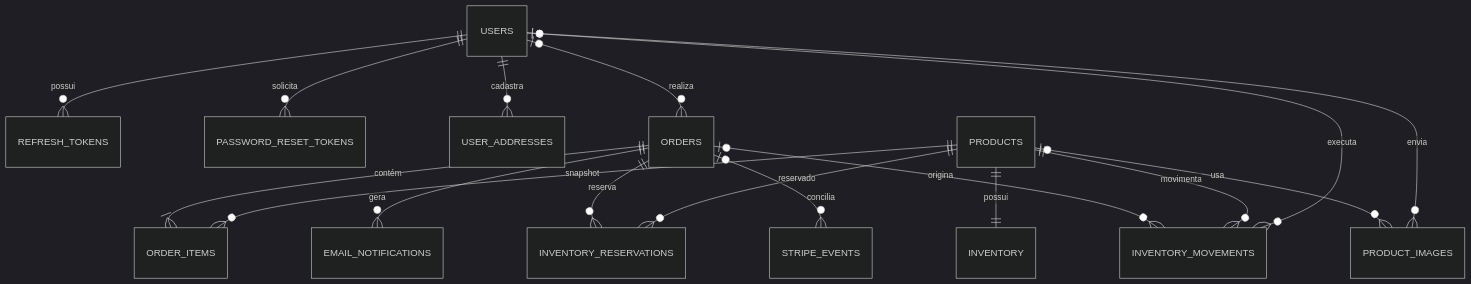
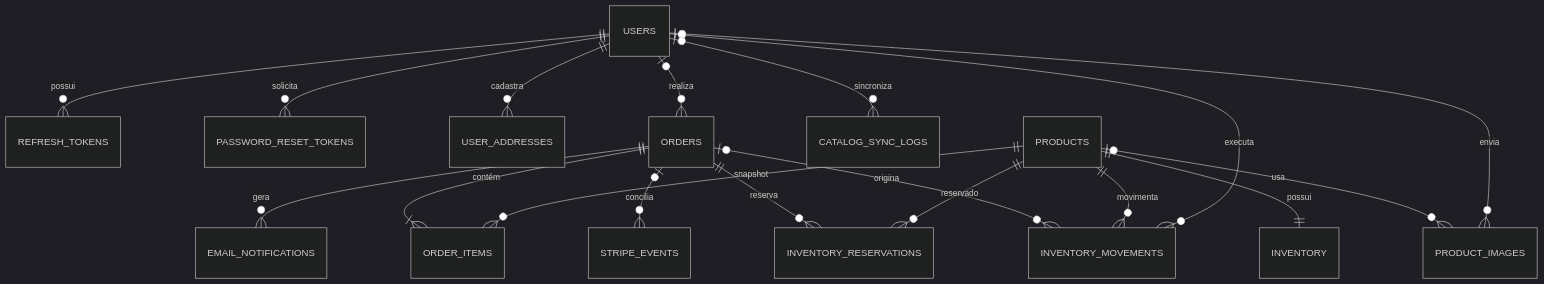
The third of 3 diagrams in ARQUITETURA.md (weltergab/e-comerce), drawn with Mermaid (dark theme) before and after one commit. The commit also changed other lines of this file and 15 other files, not shown here.

````diff
--- a/ARQUITETURA.md
+++ b/ARQUITETURA.md
@@ -230,21 +248,22 @@
 ```mermaid
 erDiagram
     USERS ||--o{ REFRESH_TOKENS : possui
     USERS ||--o{ PASSWORD_RESET_TOKENS : solicita
     USERS ||--o{ USER_ADDRESSES : cadastra
     USERS o|--o{ ORDERS : realiza
     USERS o|--o{ INVENTORY_MOVEMENTS : executa
     USERS o|--o{ PRODUCT_IMAGES : envia
+    USERS o|--o{ CATALOG_SYNC_LOGS : sincroniza
 
     PRODUCTS ||--|| INVENTORY : possui
     PRODUCTS ||--o{ ORDER_ITEMS : snapshot
     PRODUCTS ||--o{ INVENTORY_RESERVATIONS : reservado
     PRODUCTS ||--o{ INVENTORY_MOVEMENTS : movimenta
     PRODUCTS o|--o{ PRODUCT_IMAGES : usa
 
     ORDERS ||--|{ ORDER_ITEMS : contém
     ORDERS ||--o{ INVENTORY_RESERVATIONS : reserva
     ORDERS o|--o{ INVENTORY_MOVEMENTS : origina
     ORDERS ||--o{ EMAIL_NOTIFICATIONS : gera
     ORDERS o|--o{ STRIPE_EVENTS : concilia
 ```
````
